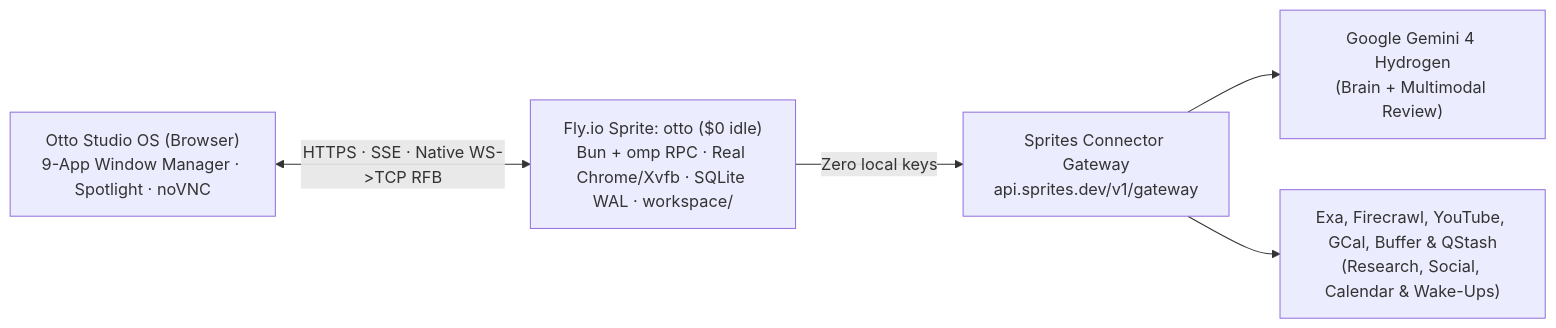
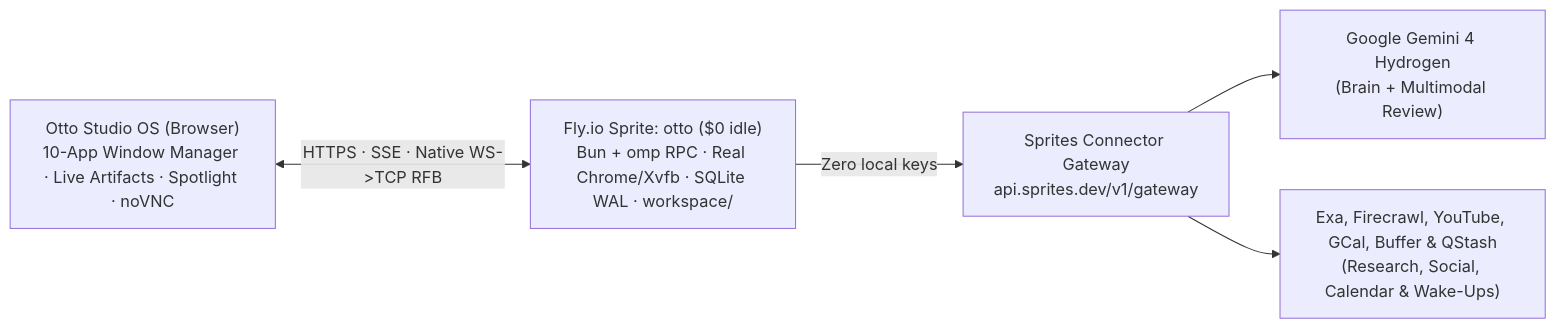
The diagram in README.md (roffidaijoubu/otto), drawn with Mermaid before and after one commit. The commit also changed other lines of this file and 14 other files, not shown here.

Commit message:
feat: add live sandboxed Artifacts OS window, React/HTML/SVG/Mermaid renderer, and omp extension

````diff
--- a/README.md
+++ b/README.md
@@ -60,7 +60,7 @@
 ```mermaid
 flowchart LR
-    U["Otto Studio OS (Browser)<br/>9-App Window Manager · Spotlight · noVNC"] <-->|"HTTPS · SSE · Native WS->TCP RFB"| S["Fly.io Sprite: otto ($0 idle)<br/>Bun + omp RPC · Real Chrome/Xvfb · SQLite WAL · workspace/"]
+    U["Otto Studio OS (Browser)<br/>10-App Window Manager · Live Artifacts · Spotlight · noVNC"] <-->|"HTTPS · SSE · Native WS->TCP RFB"| S["Fly.io Sprite: otto ($0 idle)<br/>Bun + omp RPC · Real Chrome/Xvfb · SQLite WAL · workspace/"]
     S -->|"Zero local keys"| G["Sprites Connector Gateway<br/>api.sprites.dev/v1/gateway"]
     G --> M["Google Gemini 4 Hydrogen<br/>(Brain + Multimodal Review)"]
     G --> E["Exa, Firecrawl, YouTube, GCal, Buffer &amp; QStash<br/>(Research, Social, Calendar &amp; Wake-Ups)"]
 ```
````
